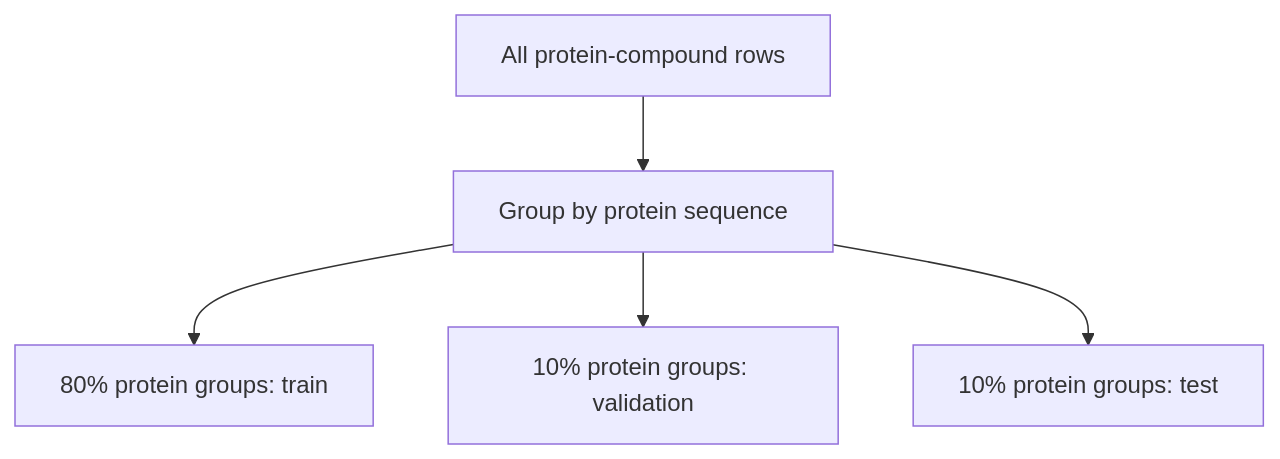
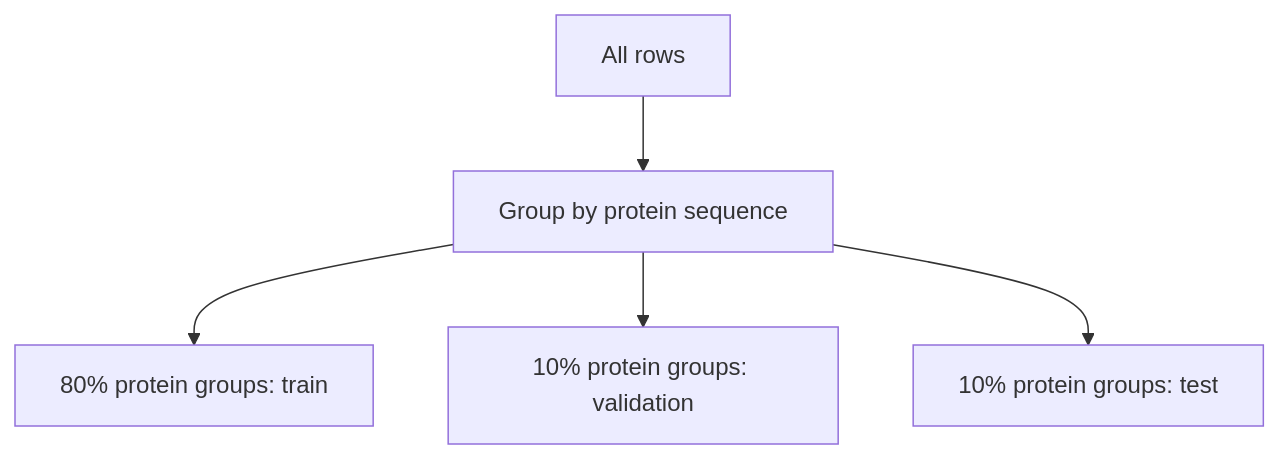
One commit to karthikeyanr103/Protein-Ligand-Affinity-Prediction-Using-LLM changed the second of 2 diagrams in README.md. Above: the diagram before and after it, drawn with Mermaid. The commit also changed other lines of this file and 13 other files, not shown here.

````diff
--- a/README.md
+++ b/README.md
@@ -212,7 +214,7 @@
 ```mermaid
 flowchart TB
-    D["All protein-compound rows"] --> G["Group by protein sequence"]
-    G --> TR["80% protein groups: train"]
-    G --> VA["10% protein groups: validation"]
-    G --> TE["10% protein groups: test"]
+    D["All rows"] --> G["Group by protein sequence"]
+    G --> T["80% protein groups: train"]
+    G --> V["10% protein groups: validation"]
+    G --> E["10% protein groups: test"]
 ```
````
